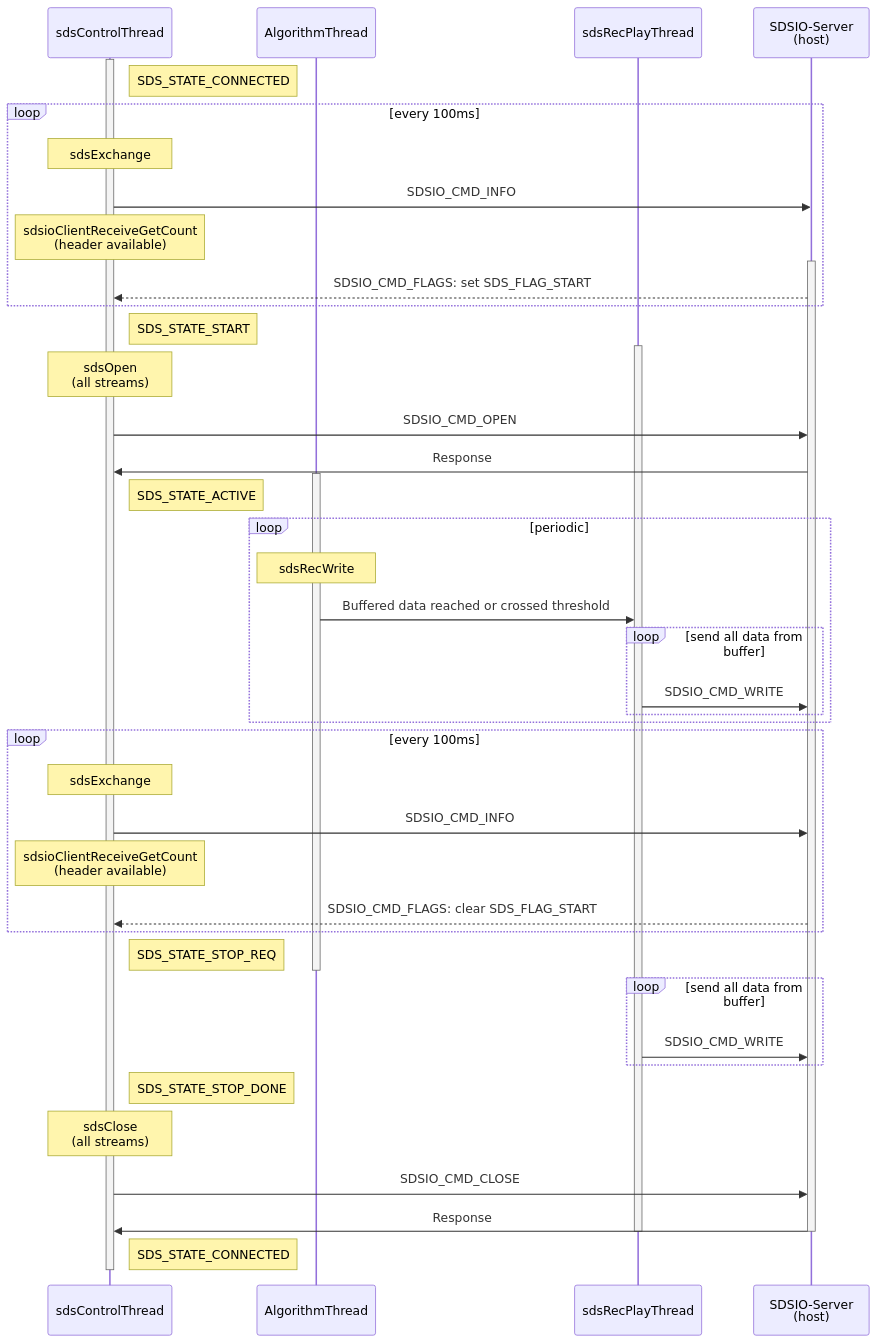
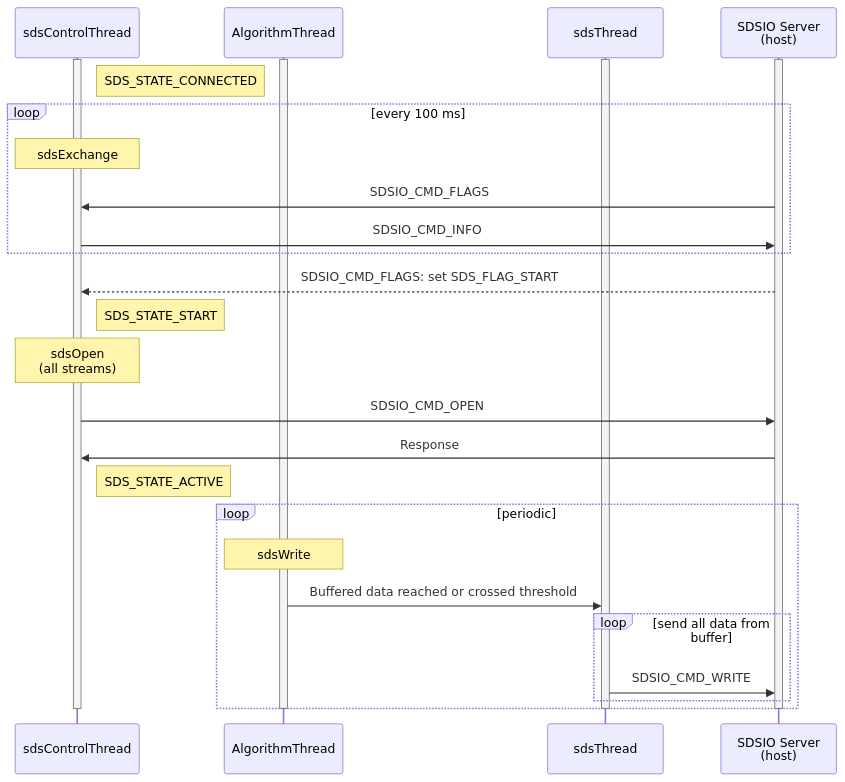
The third of 5 diagrams in documentation/theory.md (ARM-software/SDS-Framework), drawn with Mermaid before and after one commit. The commit also changed other lines of this file, not shown here.

````diff
--- a/documentation/theory.md
+++ b/documentation/theory.md
@@ -538,61 +552,41 @@
 ```mermaid
 sequenceDiagram
     participant sdsControlThread
     activate sdsControlThread
-
     participant AlgorithmThread
-    participant SDSIO as sdsRecPlayThread
-    participant Server as SDSIO-Server<br/>(host)
+    activate AlgorithmThread
+    participant SDSIO as sdsThread
+    activate SDSIO
+    participant Server as SDSIO Server<br/>(host)
+    activate Server
 
     Note right of sdsControlThread: SDS_STATE_CONNECTED 
 
-    loop every 100ms
+    loop every 100 ms
       Note over sdsControlThread: sdsExchange
+      Server->>sdsControlThread: SDSIO_CMD_FLAGS
       sdsControlThread->>Server: SDSIO_CMD_INFO
-      Note over sdsControlThread: sdsioClientReceiveGetCount<br/>(header available) 
-    activate Server
-      Server-->>sdsControlThread: SDSIO_CMD_FLAGS: set SDS_FLAG_START
     end
 
+    Server-->>sdsControlThread: SDSIO_CMD_FLAGS: set SDS_FLAG_START
     Note right of sdsControlThread: SDS_STATE_START
 
-    activate SDSIO
- 
     Note over sdsControlThread: sdsOpen<br/>(all streams)
     sdsControlThread->>Server: SDSIO_CMD_OPEN
     Server->>sdsControlThread: Response
 
-    activate AlgorithmThread
-
     Note right of sdsControlThread: SDS_STATE_ACTIVE
 
     loop periodic
-        Note over AlgorithmThread: sdsRecWrite
+        Note over AlgorithmThread: sdsWrite
         AlgorithmThread->>SDSIO: Buffered data reached or crossed threshold
         loop send all data from buffer
             SDSIO->>Server: SDSIO_CMD_WRITE
         end
     end
 
-    loop every 100ms
-      Note over sdsControlThread: sdsExchange
-      sdsControlThread->>Server: SDSIO_CMD_INFO
-      Note over sdsControlThread: sdsioClientReceiveGetCount<br/>(header available) 
-      Server-->>sdsControlThread: SDSIO_CMD_FLAGS: clear SDS_FLAG_START
-    end
-
-    Note right of sdsControlThread: SDS_STATE_STOP_REQ
+    deactivate sdsControlThread
     deactivate AlgorithmThread
-    loop send all data from buffer
-        SDSIO->>Server: SDSIO_CMD_WRITE
-    end
-    Note right of sdsControlThread: SDS_STATE_STOP_DONE
-
-    Note over sdsControlThread: sdsClose<br/>(all streams)
-    sdsControlThread->>Server: SDSIO_CMD_CLOSE
-    Server->>sdsControlThread: Response
     deactivate SDSIO
     deactivate Server
-    Note right of sdsControlThread: SDS_STATE_CONNECTED
-    deactivate sdsControlThread
 ```
````
